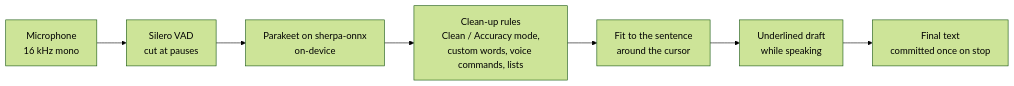
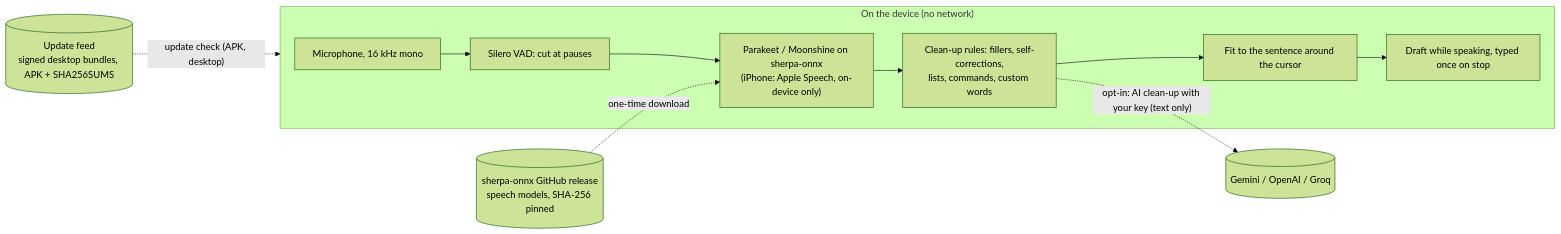
One commit to muhib-karim/humming-keyboard changed the diagram in README.md. Above: the diagram before and after it, drawn with Mermaid (forest theme). The commit also changed other lines of this file, not shown here.

First line of the commit message:
docs(readme): paper-style rewrite: problem, what it does, measured results, architecture, repro, v1.7.0 install

````diff
--- a/README.md
+++ b/README.md
@@ -269,9 +111,13 @@
 ```mermaid
 flowchart LR
-    Mic[Microphone<br/>16 kHz mono] --> VAD[Silero VAD<br/>cut at pauses]
-    VAD --> ASR[Parakeet on sherpa-onnx<br/>on-device]
-    ASR --> Clean[Clean-up rules<br/>Clean / Accuracy mode,<br/>custom words, voice commands, lists]
-    Clean --> Join[Fit to the sentence<br/>around the cursor]
-    Join --> Draft[Underlined draft<br/>while speaking]
-    Draft --> Commit[Final text<br/>committed once on stop]
+    subgraph Device["On the device (no network)"]
+        Mic["Microphone, 16 kHz mono"] --> VAD["Silero VAD: cut at pauses"]
+        VAD --> ASR["Parakeet / Moonshine on sherpa-onnx<br/>(iPhone: Apple Speech, on-device only)"]
+        ASR --> Clean["Clean-up rules: fillers, self-corrections,<br/>lists, commands, custom words"]
+        Clean --> Join["Fit to the sentence around the cursor"]
+        Join --> Out["Draft while speaking, typed once on stop"]
+    end
+    Models[("sherpa-onnx GitHub release<br/>speech models, SHA-256 pinned")] -. "one-time download" .-> ASR
+    Feed[("Update feed<br/>signed desktop bundles, APK + SHA256SUMS")] -. "update check (APK, desktop)" .-> Device
+    Clean -. "opt-in: AI clean-up with your key (text only)" .-> LLM[("Gemini / OpenAI / Groq")]
 ```
````
